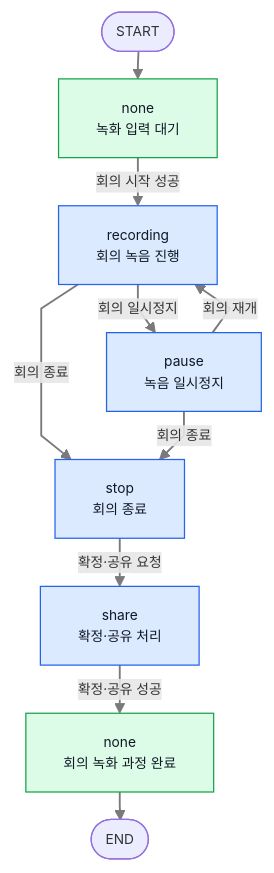
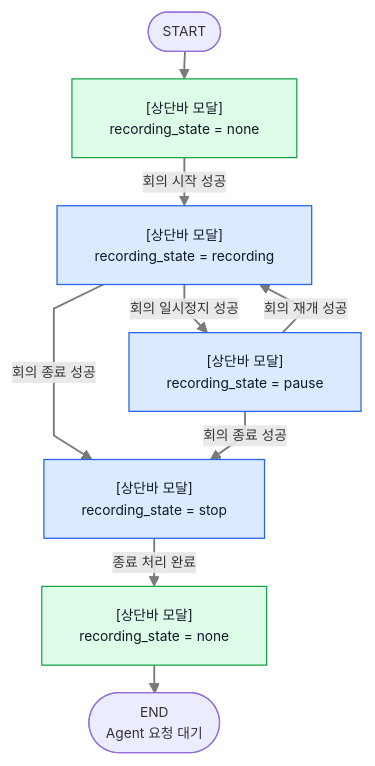
Before and after one commit to ericyum/Obsidian: the second of 8 diagrams in ZENAI/에이전트 설계/회의록 에이전트 설계/1-2. 회의록 에이전트 워크플로우 Graph 상세.md, drawn with Mermaid. The commit also changed other lines of this file and 5 other files, not shown here.

````diff
--- a/ZENAI/에이전트 설계/회의록 에이전트 설계/1-2. 회의록 에이전트 워크플로우 Graph 상세.md
+++ b/ZENAI/에이전트 설계/회의록 에이전트 설계/1-2. 회의록 에이전트 워크플로우 Graph 상세.md
@@ -182,18 +204,17 @@
 ```mermaid
 %%{init: {"flowchart": {"useMaxWidth": true, "nodeSpacing": 18, "rankSpacing": 22, "curve": "linear"}, "themeVariables": {"fontSize": "11px"}}}%%
 flowchart TB
-    S(["START"]) --> N["none<br/>녹화 입력 대기"]
-    N -->|"회의 시작 성공"| R["recording<br/>회의 녹음 진행"]
-    R -->|"회의 일시정지"| P["pause<br/>녹음 일시정지"]
-    P -->|"회의 재개"| R
-    R -->|"회의 종료"| X["stop<br/>회의 종료"]
-    P -->|"회의 종료"| X
-    X -->|"확정·공유 요청"| SH["share<br/>확정·공유 처리"]
-    SH -->|"확정·공유 성공"| F["none<br/>회의 녹화 과정 완료"]
-    F --> E(["END"])
+    S(["START"]) --> N["[상단바 모달]<br/>recording_state = none"]
+    N -->|"회의 시작 성공"| R["[상단바 모달]<br/>recording_state = recording"]
+    R -->|"회의 일시정지 성공"| P["[상단바 모달]<br/>recording_state = pause"]
+    P -->|"회의 재개 성공"| R
+    R -->|"회의 종료 성공"| X["[상단바 모달]<br/>recording_state = stop"]
+    P -->|"회의 종료 성공"| X
+    X -->|"종료 처리 완료"| F["[상단바 모달]<br/>recording_state = none"]
+    F --> E(["END<br/>Agent 요청 대기"])
     classDef state fill:#dbeafe,stroke:#2563eb,color:#111827;
     classDef idle fill:#dcfce7,stroke:#16a34a,color:#111827;
-    class R,P,X,SH state;
+    class R,P,X state;
     class N,F idle;
     linkStyle default stroke:#7a7a7a,stroke-width:1.5px;
 ```
````
